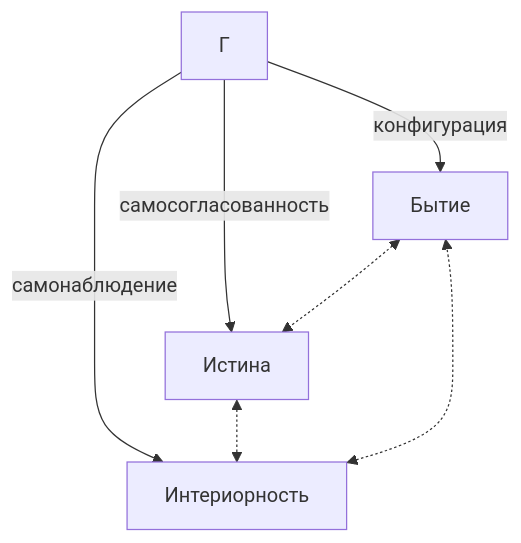
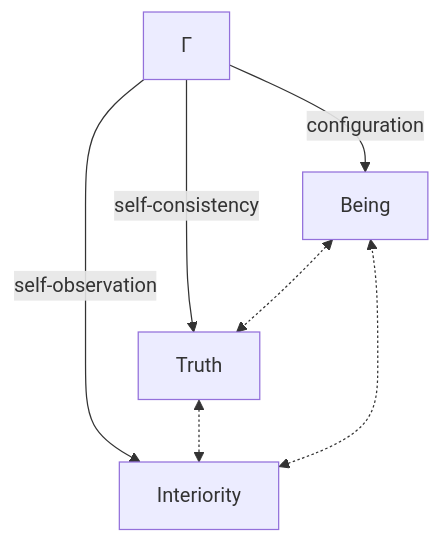
One commit to gst-st/uhm changed the first of 2 diagrams in website/docs/core/foundations/consequences.md. Above: the diagram before and after it, drawn with Mermaid. The commit also changed other lines of this file and 3 other files, not shown here.

````diff
--- a/website/docs/core/foundations/consequences.md
+++ b/website/docs/core/foundations/consequences.md
@@ -324,9 +324,9 @@
 ```mermaid
 graph TD
-    G[Γ] --> |конфигурация| B[Бытие]
-    G --> |самосогласованность| T[Истина]
-    G --> |самонаблюдение| E[Интериорность]
+    G[Γ] --> |configuration| B[Being]
+    G --> |self-consistency| T[Truth]
+    G --> |self-observation| E[Interiority]
     B <-.-> T
     T <-.-> E
     E <-.-> B
 ```
````
